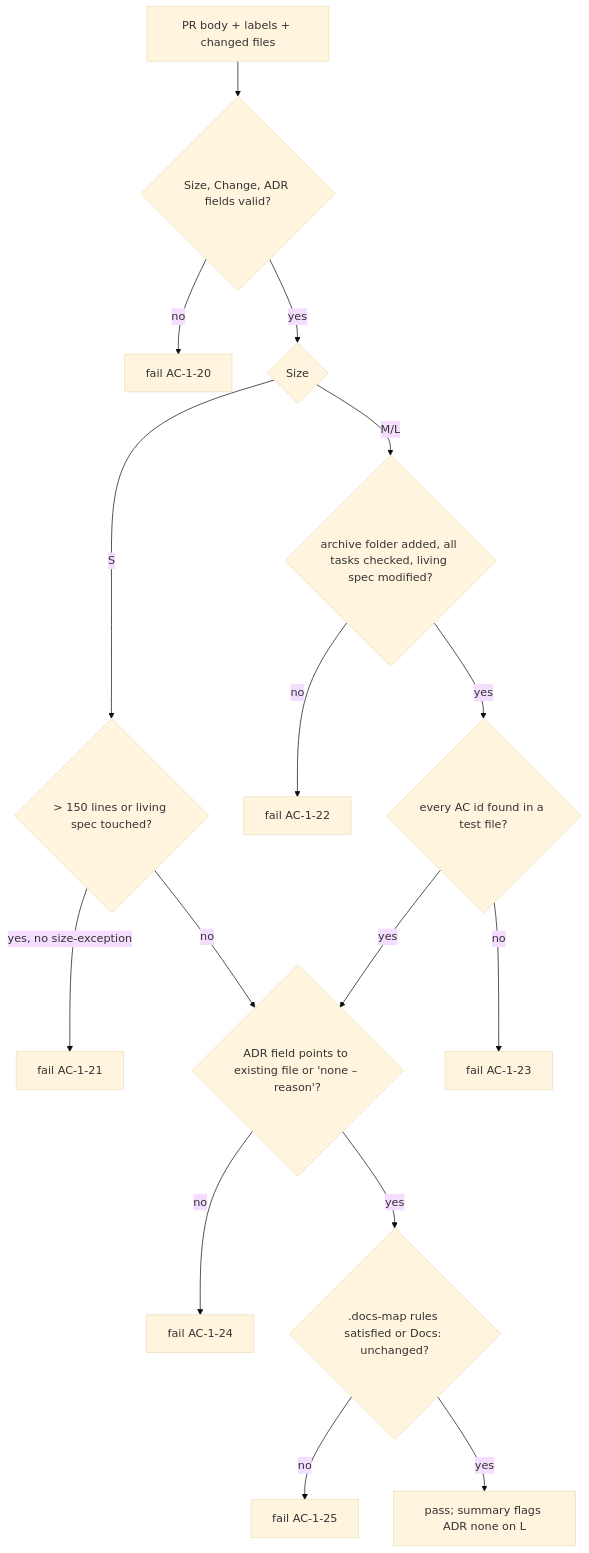
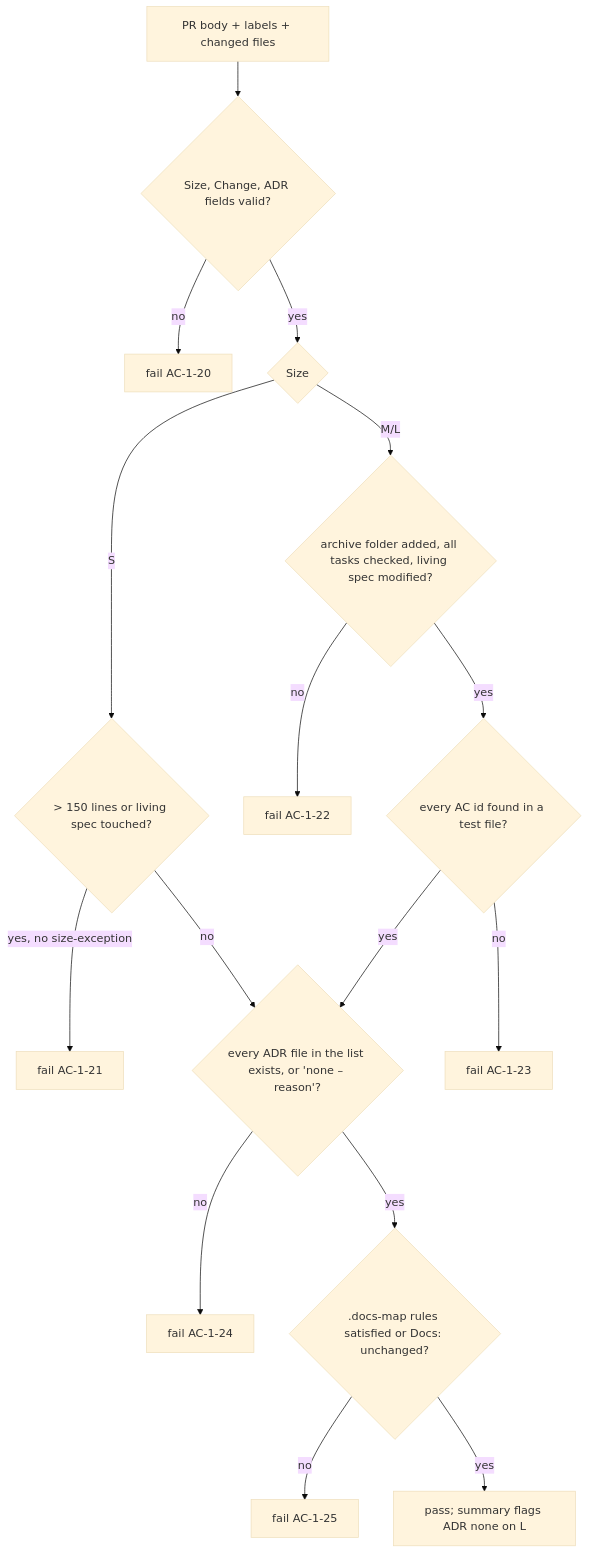
Before and after one commit to balazsvrg/solo-harness: the third of 4 diagrams in specs/changes/1-bootstrap-template/design.md, drawn with Mermaid (base theme). The commit also changed 6 other files, not shown here.

First line of the commit message:
fix(ci): let docs-gate accept a comma-separated ADR list

````diff
--- a/specs/changes/1-bootstrap-template/design.md
+++ b/specs/changes/1-bootstrap-template/design.md
@@ -177,18 +177,18 @@
 ```mermaid
 flowchart TD
   P[PR body + labels + changed files] --> F{Size, Change, ADR fields valid?}
   F -- no --> X[fail AC-1-20]
   F -- yes --> S{Size}
   S -- S --> S1{> 150 lines or living spec touched?}
   S1 -- yes, no size-exception --> X2[fail AC-1-21]
   S1 -- no --> D
   S -- M/L --> A1{archive folder added, all tasks checked, living spec modified?}
   A1 -- no --> X3[fail AC-1-22]
   A1 -- yes --> A2{every AC id found in a test file?}
   A2 -- no --> X4[fail AC-1-23]
   A2 -- yes --> D
-  D{ADR field points to existing file or 'none – reason'?} -- no --> X5[fail AC-1-24]
+  D{every ADR file in the list exists, or 'none – reason'?} -- no --> X5[fail AC-1-24]
   D -- yes --> DM{.docs-map rules satisfied or Docs: unchanged?}
   DM -- no --> X6[fail AC-1-25]
   DM -- yes --> OK[pass; summary flags ADR none on L]
 ```
````
